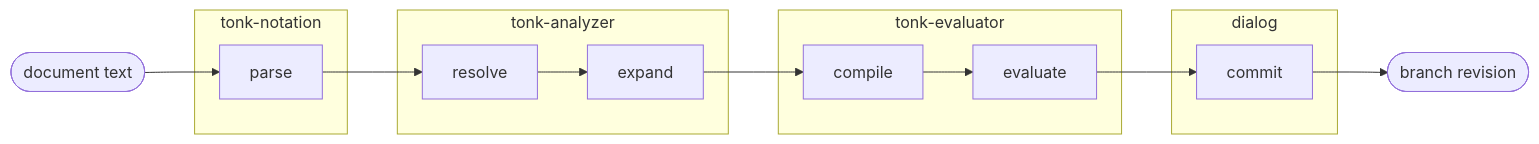
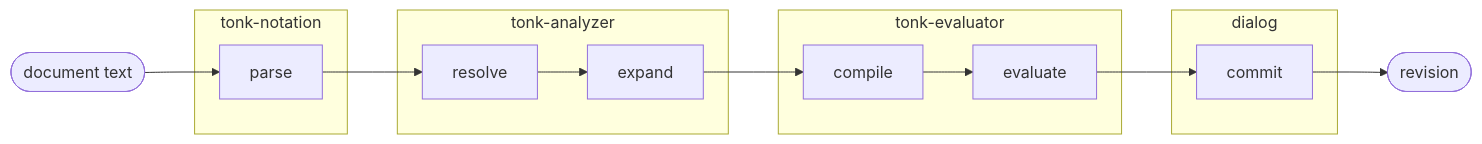
Before and after one commit to tonk-labs/tonk: the first of 3 diagrams in plan/runtime.md, drawn with Mermaid. The commit also changed other lines of this file, not shown here.

First line of the commit message:
docs(plan): ConceptDefinition is a Durable|Transient enum; branch -> source

````diff
--- a/plan/runtime.md
+++ b/plan/runtime.md
@@ -9,21 +9,21 @@
 ```mermaid
 flowchart LR
     text([document text]) --> parse
     parse --> resolve --> expand --> compile --> evaluate --> commit
-    commit --> rev([branch revision])
+    commit --> rev([revision])
 
     subgraph tonk-notation
         parse
     end
     subgraph tonk-analyzer
         resolve
         expand
     end
     subgraph tonk-evaluator
         compile
         evaluate
     end
     subgraph dialog
         commit
     end
 ```
````
